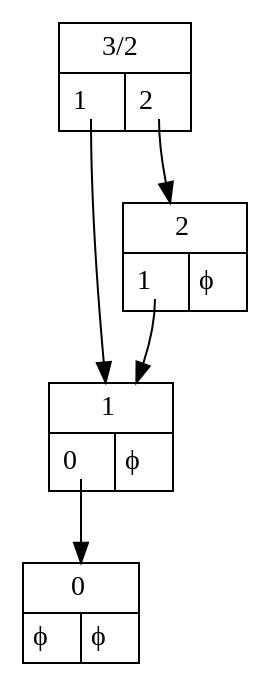
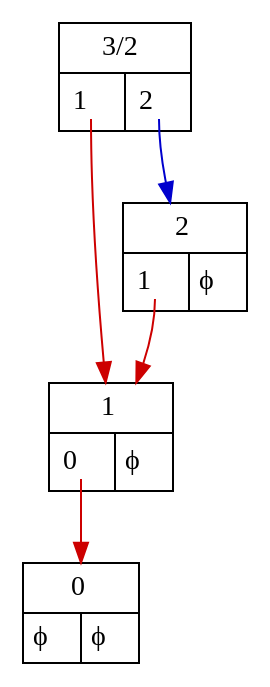
The diagram in examples/Data/addition_ex_10.dot (mroughan/SurrealNumbers.jl), drawn with Graphviz before and after one commit. The commit also changed 42 other files, not shown here.

```diff
--- a/examples/Data/addition_ex_10.dot
+++ b/examples/Data/addition_ex_10.dot
@@ -1,30 +1,30 @@
 digraph "1.5" {
    node_1 [shape=none,margin=0,label=
          <<TABLE BORDER="0" CELLBORDER="1" CELLSPACING="0" CELLPADDING="4">
          <TR><TD COLSPAN="2">3/2</TD></TR>
          <TR><TD PORT="L"> <TABLE BORDER="0" CELLBORDER="0" CELLPADDING="0"><TR><TD PORT="1,1"> 1 </TD> &nbsp; </TR></TABLE> </TD><TD PORT="R"> <TABLE BORDER="0" CELLBORDER="0" CELLPADDING="0"><TR><TD PORT="2,1"> 2 </TD> &nbsp; </TR></TABLE> </TD></TR>
          </TABLE>>,
          ];
-   node_1:"1,1" -> node_2;
+   node_1:"1,1" -> node_2 [color="red3"];
    node_2 [shape=none,margin=0,label=
          <<TABLE BORDER="0" CELLBORDER="1" CELLSPACING="0" CELLPADDING="4">
          <TR><TD COLSPAN="2">1</TD></TR>
          <TR><TD PORT="L"> <TABLE BORDER="0" CELLBORDER="0" CELLPADDING="0"><TR><TD PORT="0,1"> 0 </TD> &nbsp; </TR></TABLE> </TD><TD PORT="R"> ϕ </TD></TR>
          </TABLE>>,
          ];
-   node_2:"0,1" -> node_3;
+   node_2:"0,1" -> node_3 [color="red3"];
    node_3 [shape=none,margin=0,label=
          <<TABLE BORDER="0" CELLBORDER="1" CELLSPACING="0" CELLPADDING="4">
          <TR><TD COLSPAN="2">0</TD></TR>
          <TR><TD PORT="L"> ϕ </TD><TD PORT="R"> ϕ </TD></TR>
          </TABLE>>,
          ];
-   node_1:"2,1" -> node_4;
+   node_1:"2,1" -> node_4 [color="blue3"];
    node_4 [shape=none,margin=0,label=
          <<TABLE BORDER="0" CELLBORDER="1" CELLSPACING="0" CELLPADDING="4">
          <TR><TD COLSPAN="2">2</TD></TR>
          <TR><TD PORT="L"> <TABLE BORDER="0" CELLBORDER="0" CELLPADDING="0"><TR><TD PORT="1,1"> 1 </TD> &nbsp; </TR></TABLE> </TD><TD PORT="R"> ϕ </TD></TR>
          </TABLE>>,
          ];
-   node_4:"1,1" -> node_2;
+   node_4:"1,1" -> node_2 [color="red3"];
 }
```
